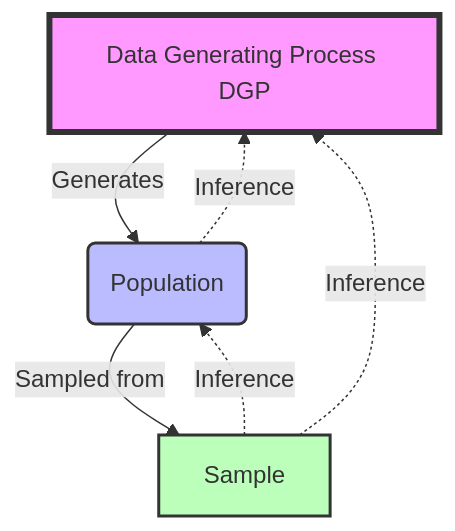
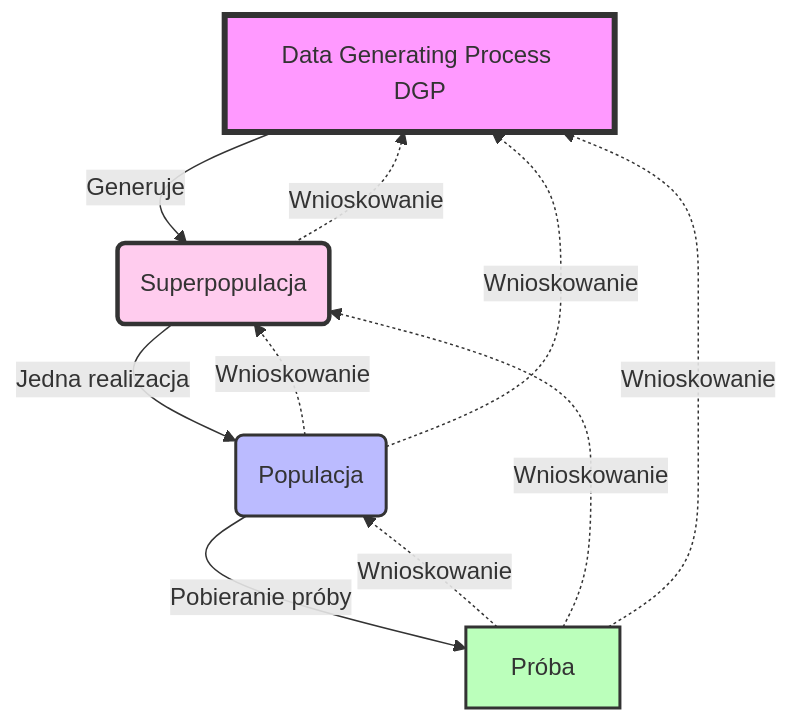
The diagram in rozdzial1.qmd (pierzgal/STAT101_PLEN), drawn with Mermaid before and after one commit. The commit also changed other lines of this file and 39 other files, not shown here.

````diff
--- a/rozdzial1.qmd
+++ b/rozdzial1.qmd
@@ -423,19 +670,26 @@
 ```{mermaid}
 graph TD
     A[Data Generating Process DGP]
-    B(Population)
-    C[Sample]
-    A -->|Generates| B
-    B -->|Sampled from| C
-    C -.->|Inference| B
-    C -.->|Inference| A
-    B -.->|Inference| A
+    S(Superpopulacja)
+    B(Populacja)
+    C[Próba]
+    A -->|Generuje| S
+    S -->|Jedna realizacja| B
+    B -->|Pobieranie próby| C
+    C -.->|Wnioskowanie| B
+    C -.->|Wnioskowanie| S
+    C -.->|Wnioskowanie| A
+    B -.->|Wnioskowanie| S
+    B -.->|Wnioskowanie| A
+    S -.->|Wnioskowanie| A
     
     classDef dgp fill:#f9f,stroke:#333,stroke-width:4px;
+    classDef superpop fill:#fce,stroke:#333,stroke-width:3px;
     classDef pop fill:#bbf,stroke:#333,stroke-width:2px;
     classDef sam fill:#bfb,stroke:#333,stroke-width:2px;
     
     class A dgp;
+    class S superpop;
     class B pop;
     class C sam;
 ```
````
